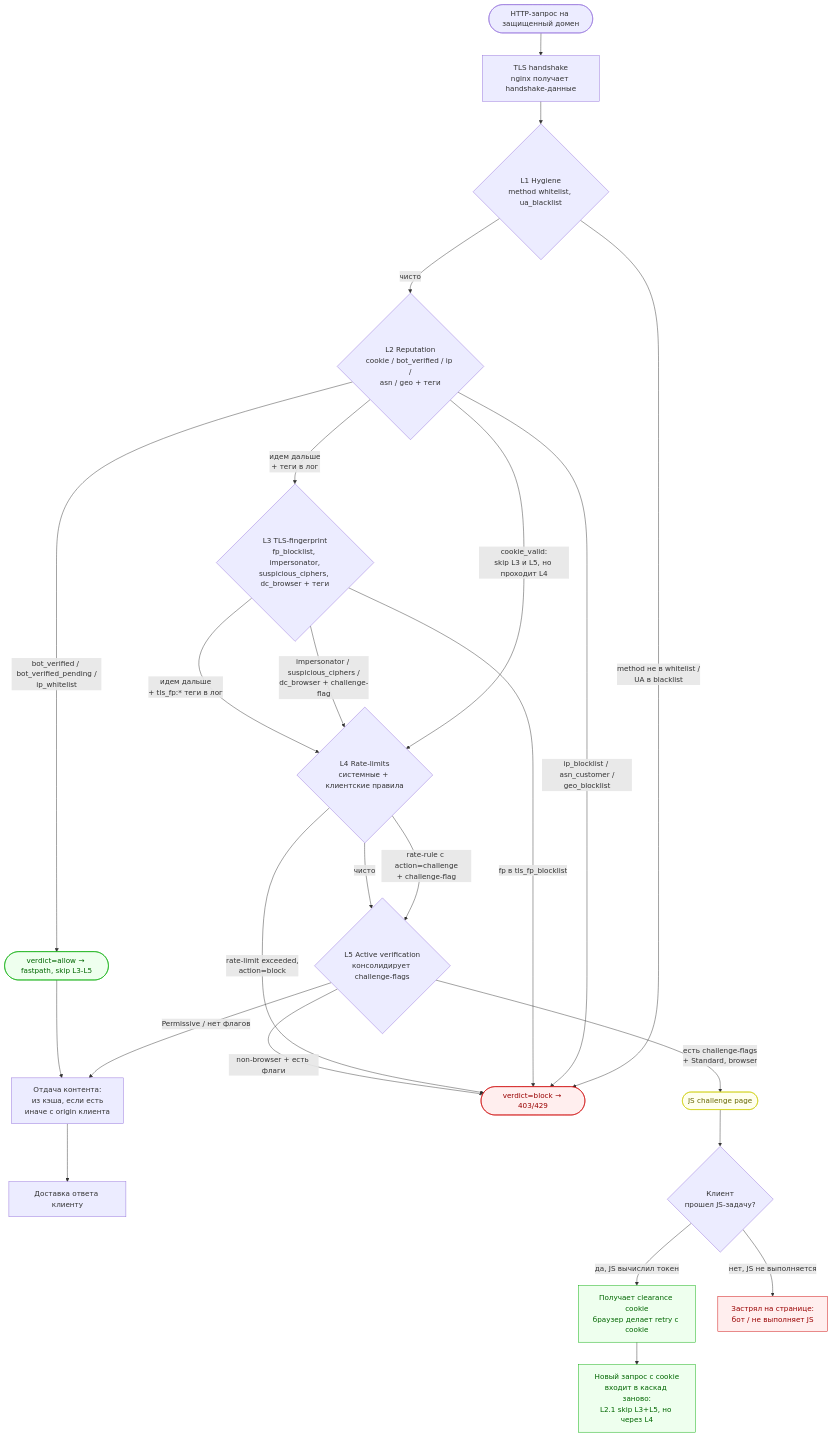
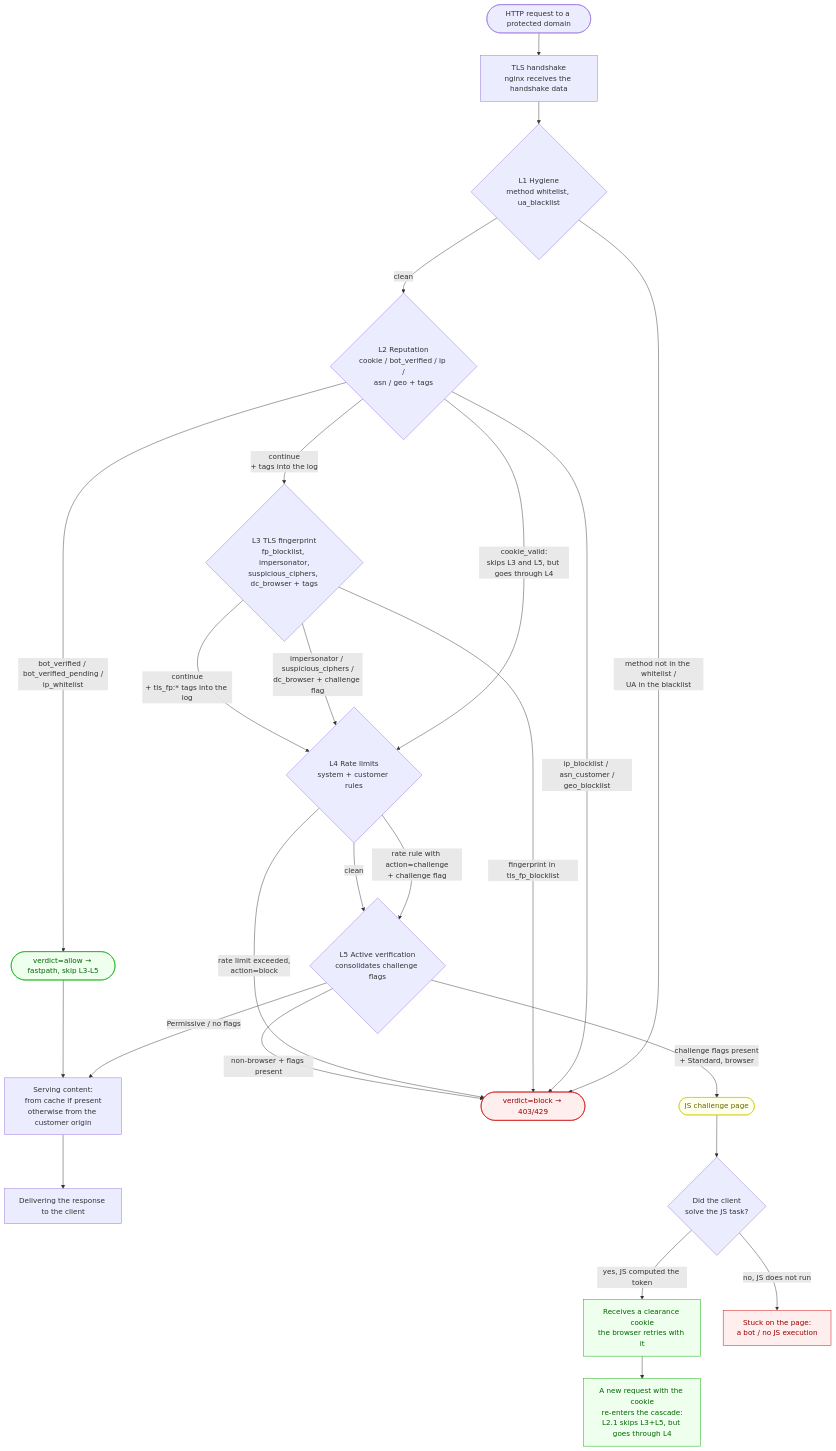
The first of 5 diagrams in docs/product/cascade-diagrams.md (tabularasa31/bot-abuse-controls), drawn with Mermaid before and after one commit. The commit also changed other lines of this file, not shown here.

Commit message:
docs(product): translate cascade diagrams (10/n)

````diff
--- a/docs/product/cascade-diagrams.md
+++ b/docs/product/cascade-diagrams.md
@@ -13,61 +19,61 @@
 ```mermaid
 flowchart TD
-    Start([HTTP-запрос на защищенный домен])
-    TLS[TLS handshake<br/>nginx получает handshake-данные]
+    Start([HTTP request to a protected domain])
+    TLS[TLS handshake<br/>nginx receives the handshake data]
     L1{L1 Hygiene<br/>method whitelist, ua_blacklist}
-    L2{L2 Reputation<br/>cookie / bot_verified / ip /<br/>asn / geo + теги}
-    L3{L3 TLS-fingerprint<br/>fp_blocklist, impersonator,<br/>suspicious_ciphers, dc_browser + теги}
-    L4{L4 Rate-limits<br/>системные + клиентские правила}
-    L5{L5 Active verification<br/>консолидирует challenge-flags}
-    Cache[Отдача контента:<br/>из кэша, если есть<br/>иначе с origin клиента]
-    Response[Доставка ответа клиенту]
+    L2{L2 Reputation<br/>cookie / bot_verified / ip /<br/>asn / geo + tags}
+    L3{L3 TLS fingerprint<br/>fp_blocklist, impersonator,<br/>suspicious_ciphers, dc_browser + tags}
+    L4{L4 Rate limits<br/>system + customer rules}
+    L5{L5 Active verification<br/>consolidates challenge flags}
+    Cache[Serving content:<br/>from cache if present<br/>otherwise from the customer origin]
+    Response[Delivering the response to the client]
 
     Block([verdict=block → 403/429])
     Allow([verdict=allow → fastpath, skip L3-L5])
     Challenge([JS challenge page])
-    ChOutcome{Клиент<br/>прошел JS-задачу?}
-    GetCookie[Получает clearance cookie<br/>браузер делает retry с cookie]
-    Stuck[Застрял на странице:<br/>бот / не выполняет JS]
-    Retry[Новый запрос с cookie<br/>входит в каскад заново:<br/>L2.1 skip L3+L5, но через L4]
+    ChOutcome{Did the client<br/>solve the JS task?}
+    GetCookie[Receives a clearance cookie<br/>the browser retries with it]
+    Stuck[Stuck on the page:<br/>a bot / no JS execution]
+    Retry[A new request with the cookie<br/>re-enters the cascade:<br/>L2.1 skips L3+L5, but goes through L4]
 
     Start --> TLS
     TLS --> L1
-    L1 -->|method не в whitelist /<br/>UA в blacklist| Block
-    L1 -->|чисто| L2
+    L1 -->|method not in the whitelist /<br/>UA in the blacklist| Block
+    L1 -->|clean| L2
     L2 -->|bot_verified / bot_verified_pending /<br/>ip_whitelist| Allow
-    L2 -->|cookie_valid:<br/>skip L3 и L5, но проходит L4| L4
-    L2 -->|идем дальше<br/>+ теги в лог| L3
+    L2 -->|cookie_valid:<br/>skips L3 and L5, but goes through L4| L4
+    L2 -->|continue<br/>+ tags into the log| L3
     L2 -->|ip_blocklist / asn_customer /<br/>geo_blocklist| Block
-    L3 -->|fp в tls_fp_blocklist| Block
-    L3 -->|impersonator / suspicious_ciphers /<br/>dc_browser + challenge-flag| L4
-    L3 -->|идем дальше<br/>+ tls_fp:* теги в лог| L4
-    L4 -->|rate-limit exceeded,<br/>action=block| Block
-    L4 -->|rate-rule с action=challenge<br/>+ challenge-flag| L5
-    L4 -->|чисто| L5
-    L5 -->|есть challenge-flags<br/>+ Standard, browser| Challenge
-    L5 -->|Permissive / нет флагов| Cache
-    L5 -->|non-browser + есть флаги| Block
+    L3 -->|fingerprint in tls_fp_blocklist| Block
+    L3 -->|impersonator / suspicious_ciphers /<br/>dc_browser + challenge flag| L4
+    L3 -->|continue<br/>+ tls_fp:* tags into the log| L4
+    L4 -->|rate limit exceeded,<br/>action=block| Block
+    L4 -->|rate rule with action=challenge<br/>+ challenge flag| L5
+    L4 -->|clean| L5
+    L5 -->|challenge flags present<br/>+ Standard, browser| Challenge
+    L5 -->|Permissive / no flags| Cache
+    L5 -->|non-browser + flags present| Block
 
     Challenge --> ChOutcome
-    ChOutcome -->|да, JS вычислил токен| GetCookie
-    ChOutcome -->|нет, JS не выполняется| Stuck
+    ChOutcome -->|yes, JS computed the token| GetCookie
+    ChOutcome -->|no, JS does not run| Stuck
     GetCookie --> Retry
-    %% cookie_valid не дает полного фастпаса: L3 и L5 пропускаются, но L4 (rate-limits) применяется.
-    %% Полный skip L3-L5 (нода Allow) — только у bot_verified / bot_verified_pending / ip_whitelist.
+    %% cookie_valid is not a full fastpath: L3 and L5 are skipped, but L4 (rate limits) applies.
+    %% A full skip of L3-L5 (the Allow node) belongs to bot_verified / bot_verified_pending / ip_whitelist only.
 
     Allow --> Cache
     Cache --> Response
-    %% Логирование здесь не рисуем: каждый терминальный исход (Response / Block / Challenge)
-    %% пишет ровно одну запись лога — см. диаграмму #4 «Data flow в лог».
-    %% Stuck отдельно НЕ логируется: исходный запрос уже залогирован как verdict=challenge.
+    %% Logging is not drawn here: every terminal outcome (Response / Block / Challenge)
+    %% writes exactly one log record — see diagram #4 "Data flow into the log".
+    %% Stuck is NOT logged separately: the original request was already logged as verdict=challenge.
 
     classDef terminalBlock fill:#fee,stroke:#c00,color:#900
     classDef terminalAllow fill:#efe,stroke:#0a0,color:#060
     classDef terminalChallenge fill:#ffe,stroke:#cc0,color:#660
     class Block terminalBlock
     class Stuck terminalBlock
     class Allow terminalAllow
     class GetCookie terminalAllow
     class Retry terminalAllow
     class Challenge terminalChallenge
 ```
````
